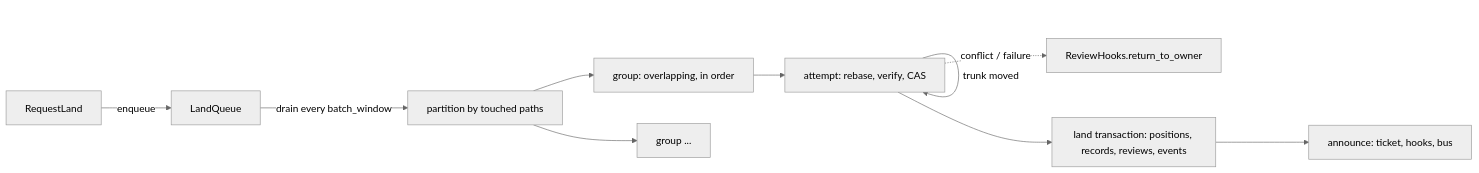
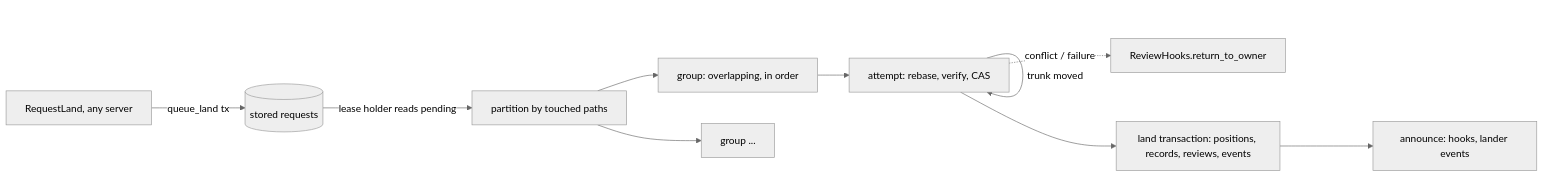
Before and after one commit to envoy1084/rill: the diagram in architecture/04-workflow/landing.md, drawn with Mermaid (neutral theme). The commit also changed other lines of this file and 44 other files, not shown here.

````diff
--- a/architecture/04-workflow/landing.md
+++ b/architecture/04-workflow/landing.md
@@ -12,12 +12,12 @@
 ```mermaid
 flowchart LR
-    RL[RequestLand] -->|enqueue| Q[LandQueue]
-    Q -->|drain every batch_window| P[partition by touched paths]
+    RL[RequestLand, any server] -->|queue_land tx| Q[(stored requests)]
+    Q -->|lease holder reads pending| P[partition by touched paths]
     P --> G1[group: overlapping, in order]
     P --> G2[group ...]
     G1 --> A[attempt: rebase, verify, CAS]
     A -->|trunk moved| A
     A --> F[land transaction: positions, records, reviews, events]
-    F --> N[announce: ticket, hooks, bus]
+    F --> N[announce: hooks, lander events]
     A -.->|conflict / failure| H[ReviewHooks.return_to_owner]
 ```
````
